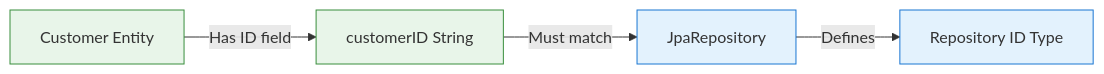
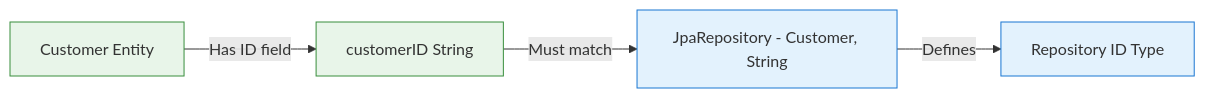
The third of 6 diagrams in Nish Lessons - Q&A's/SpringBoot/Interfaces repeated.md (stravos97/java-documentation-notes), drawn with Mermaid before and after one commit. The commit also changed other lines of this file and 8 other files, not shown here.

Commit message:
fix mermaid diagrams

````diff
--- a/Nish Lessons - Q&A's/SpringBoot/Interfaces repeated.md
+++ b/Nish Lessons - Q&A's/SpringBoot/Interfaces repeated.md
@@ -77,12 +68,12 @@
 ```mermaid
 flowchart LR
     A[Customer Entity] -->|Has ID field| B[customerID String]
-    B -->|Must match| C[JpaRepository<Customer, String>]
+    B -->|Must match| C[JpaRepository - Customer, String]
     C -->|Defines| D[Repository ID Type]
     
     classDef entity fill:#e8f5e9,stroke:#388e3c;
     class A,B entity;
     
     classDef repo fill:#e3f2fd,stroke:#1976d2;
     class C,D repo;
 ```
````
